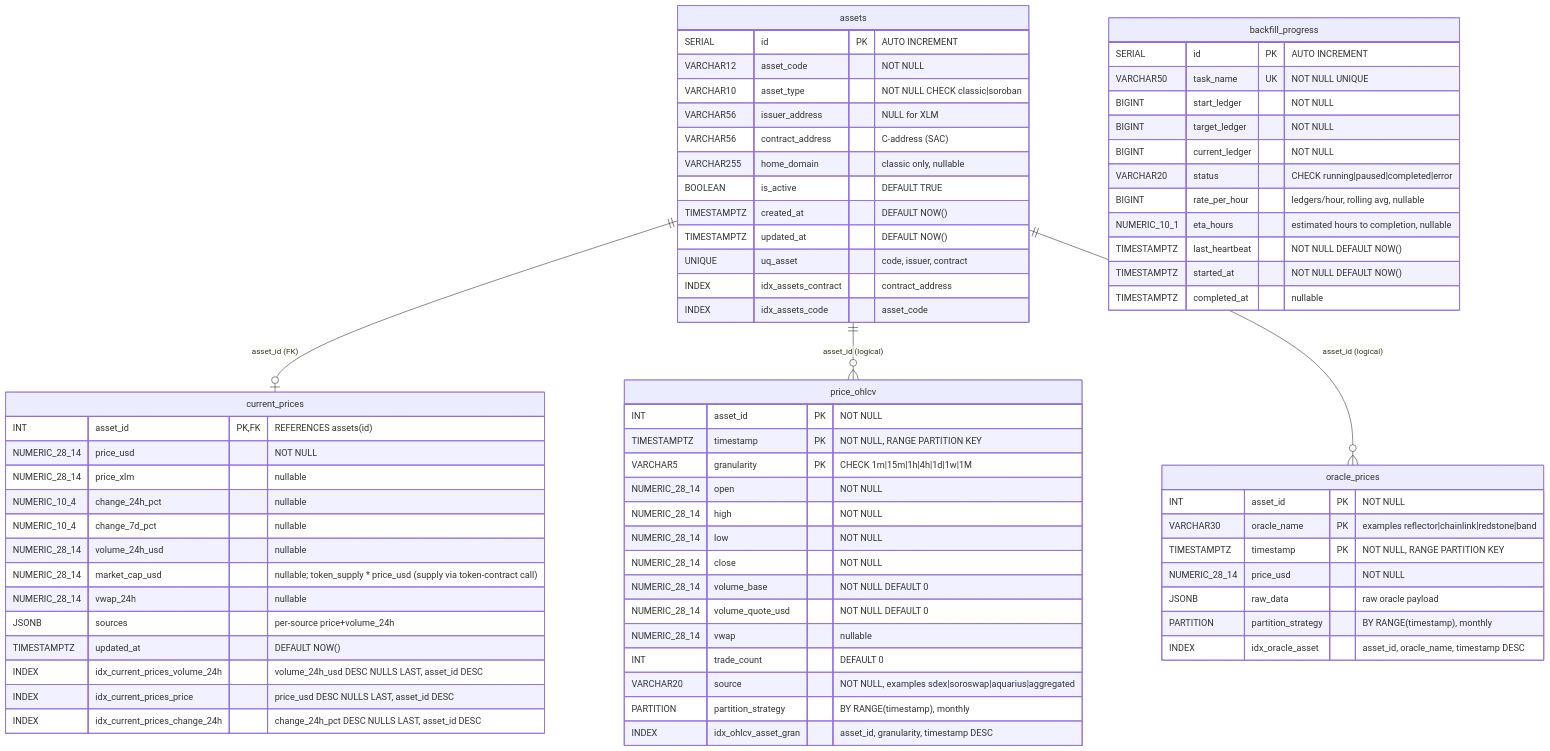
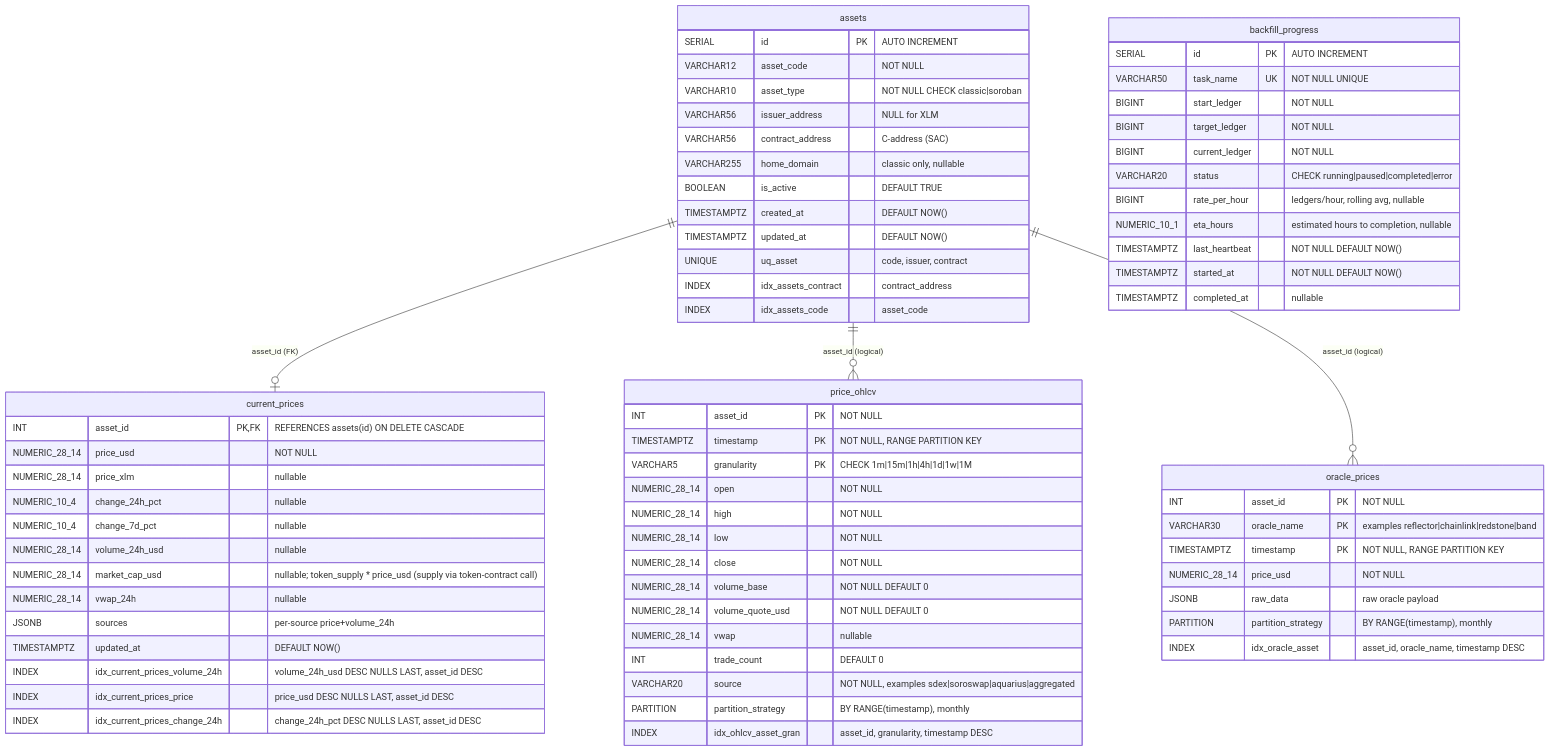
Diagram 12 of 13 in docs/database-schema/database-schema-overview.md (rumblefishdev/stellar-prices-api), drawn with Mermaid before and after one commit. The commit also changed other lines of this file and 1 other file, not shown here.

Commit message:
chore: on delete current_prices

````diff
--- a/docs/database-schema/database-schema-overview.md
+++ b/docs/database-schema/database-schema-overview.md
@@ -1229,78 +1237,78 @@
 ```mermaid
 erDiagram
     assets ||--o| current_prices : "asset_id (FK)"
     assets ||--o{ price_ohlcv    : "asset_id (logical)"
     assets ||--o{ oracle_prices  : "asset_id (logical)"
 
     assets {
         SERIAL      id PK "AUTO INCREMENT"
         VARCHAR12   asset_code "NOT NULL"
         VARCHAR10   asset_type "NOT NULL CHECK classic|soroban"
         VARCHAR56   issuer_address "NULL for XLM"
         VARCHAR56   contract_address "C-address (SAC)"
         VARCHAR255  home_domain "classic only, nullable"
         BOOLEAN     is_active "DEFAULT TRUE"
         TIMESTAMPTZ created_at "DEFAULT NOW()"
         TIMESTAMPTZ updated_at "DEFAULT NOW()"
         UNIQUE      uq_asset "code, issuer, contract"
         INDEX       idx_assets_contract "contract_address"
         INDEX       idx_assets_code "asset_code"
     }
 
     price_ohlcv {
         INT           asset_id PK "NOT NULL"
         TIMESTAMPTZ   timestamp PK "NOT NULL, RANGE PARTITION KEY"
         VARCHAR5      granularity PK "CHECK 1m|15m|1h|4h|1d|1w|1M"
         NUMERIC_28_14 open "NOT NULL"
         NUMERIC_28_14 high "NOT NULL"
         NUMERIC_28_14 low "NOT NULL"
         NUMERIC_28_14 close "NOT NULL"
         NUMERIC_28_14 volume_base "NOT NULL DEFAULT 0"
         NUMERIC_28_14 volume_quote_usd "NOT NULL DEFAULT 0"
         NUMERIC_28_14 vwap "nullable"
         INT           trade_count "DEFAULT 0"
         VARCHAR20     source "NOT NULL, examples sdex|soroswap|aquarius|aggregated"
         PARTITION     partition_strategy "BY RANGE(timestamp), monthly"
         INDEX         idx_ohlcv_asset_gran "asset_id, granularity, timestamp DESC"
     }
 
     current_prices {
-        INT           asset_id PK,FK "REFERENCES assets(id)"
+        INT           asset_id PK,FK "REFERENCES assets(id) ON DELETE CASCADE"
         NUMERIC_28_14 price_usd "NOT NULL"
         NUMERIC_28_14 price_xlm "nullable"
         NUMERIC_10_4  change_24h_pct "nullable"
         NUMERIC_10_4  change_7d_pct "nullable"
         NUMERIC_28_14 volume_24h_usd "nullable"
         NUMERIC_28_14 market_cap_usd "nullable; token_supply * price_usd (supply via token-contract call)"
         NUMERIC_28_14 vwap_24h "nullable"
         JSONB         sources "per-source price+volume_24h"
         TIMESTAMPTZ   updated_at "DEFAULT NOW()"
         INDEX         idx_current_prices_volume_24h "volume_24h_usd DESC NULLS LAST, asset_id DESC"
         INDEX         idx_current_prices_price "price_usd DESC NULLS LAST, asset_id DESC"
         INDEX         idx_current_prices_change_24h "change_24h_pct DESC NULLS LAST, asset_id DESC"
     }
 
     oracle_prices {
         INT           asset_id PK "NOT NULL"
         VARCHAR30     oracle_name PK "examples reflector|chainlink|redstone|band"
         TIMESTAMPTZ   timestamp PK "NOT NULL, RANGE PARTITION KEY"
         NUMERIC_28_14 price_usd "NOT NULL"
         JSONB         raw_data "raw oracle payload"
         PARTITION     partition_strategy "BY RANGE(timestamp), monthly"
         INDEX         idx_oracle_asset "asset_id, oracle_name, timestamp DESC"
     }
 
     backfill_progress {
         SERIAL       id PK "AUTO INCREMENT"
         VARCHAR50    task_name UK "NOT NULL UNIQUE"
         BIGINT       start_ledger "NOT NULL"
         BIGINT       target_ledger "NOT NULL"
         BIGINT       current_ledger "NOT NULL"
         VARCHAR20    status "CHECK running|paused|completed|error"
         BIGINT       rate_per_hour "ledgers/hour, rolling avg, nullable"
         NUMERIC_10_1 eta_hours "estimated hours to completion, nullable"
         TIMESTAMPTZ  last_heartbeat "NOT NULL DEFAULT NOW()"
         TIMESTAMPTZ  started_at "NOT NULL DEFAULT NOW()"
         TIMESTAMPTZ  completed_at "nullable"
     }
 ```
````
